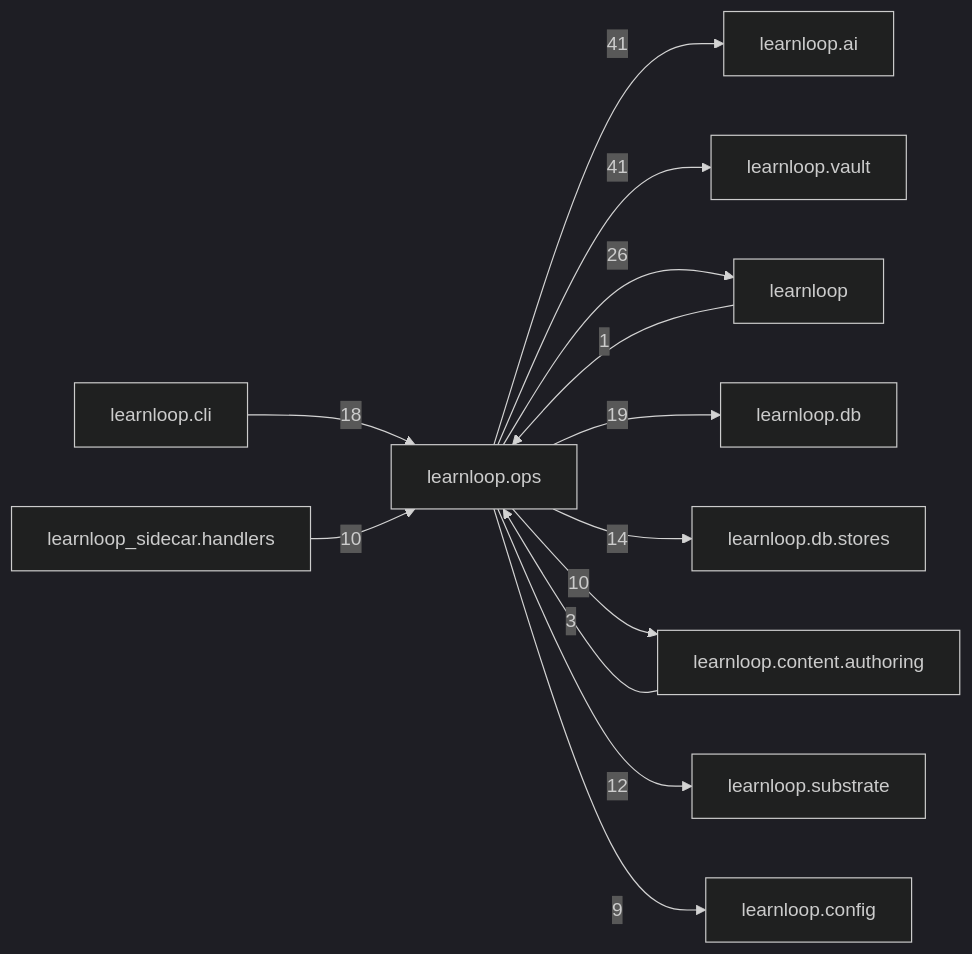
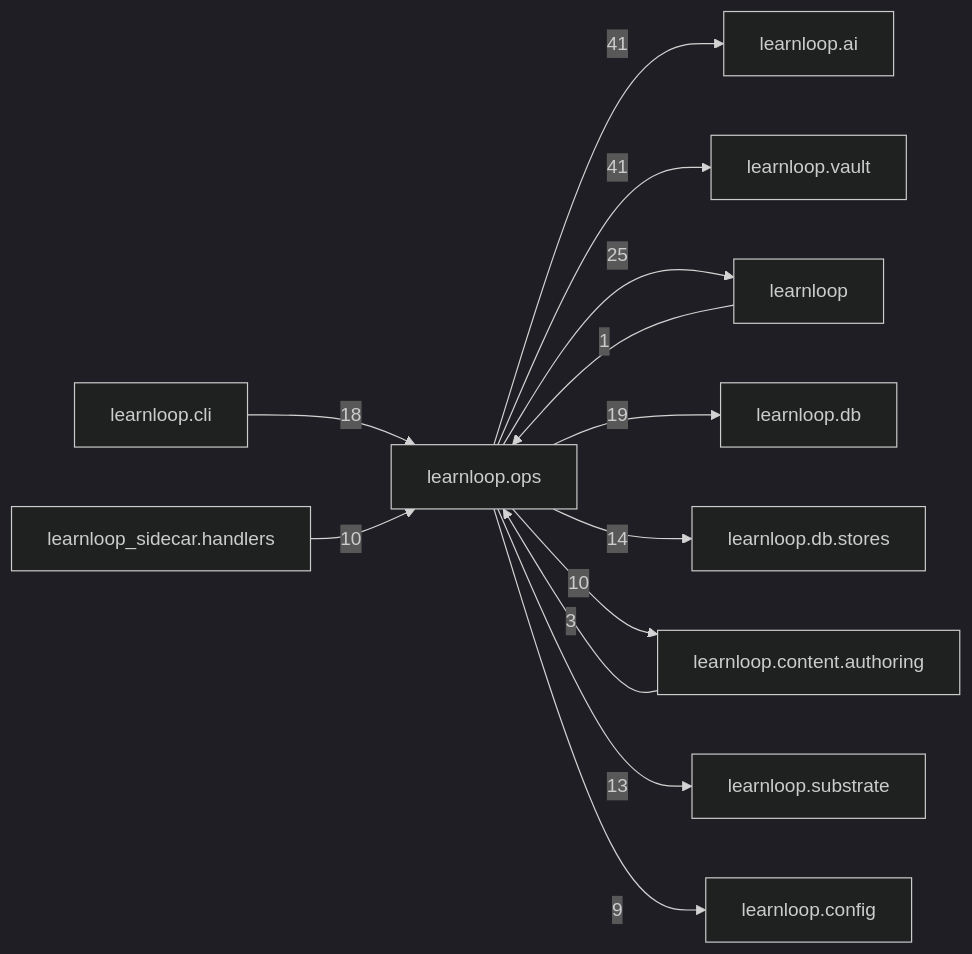
Before and after one commit to 6up-b/learnanything: the diagram in docs/learnloop-architecture-vault/Reference/Modules/learnloop/ops/_package.md, drawn with Mermaid (dark theme). The commit also changed other lines of this file and 258 other files, not shown here.

````diff
--- a/docs/learnloop-architecture-vault/Reference/Modules/learnloop/ops/_package.md
+++ b/docs/learnloop-architecture-vault/Reference/Modules/learnloop/ops/_package.md
@@ -148,26 +148,26 @@
 ```mermaid
 flowchart LR
     center["learnloop.ops"]
     n_learnloop_ai["learnloop.ai"]
     n_learnloop_vault["learnloop.vault"]
     n_learnloop["learnloop"]
     n_learnloop_db["learnloop.db"]
     n_learnloop_cli["learnloop.cli"]
     n_learnloop_db_stores["learnloop.db.stores"]
     n_learnloop_content_authoring["learnloop.content.authoring"]
     n_learnloop_substrate["learnloop.substrate"]
     n_learnloop_sidecar_handlers["learnloop_sidecar.handlers"]
     n_learnloop_config["learnloop.config"]
     center -->|41| n_learnloop_ai
     center -->|41| n_learnloop_vault
     n_learnloop -->|1| center
-    center -->|26| n_learnloop
+    center -->|25| n_learnloop
     center -->|19| n_learnloop_db
     n_learnloop_cli -->|18| center
     center -->|14| n_learnloop_db_stores
     n_learnloop_content_authoring -->|3| center
     center -->|10| n_learnloop_content_authoring
-    center -->|12| n_learnloop_substrate
+    center -->|13| n_learnloop_substrate
     n_learnloop_sidecar_handlers -->|10| center
     center -->|9| n_learnloop_config
 ```
````
